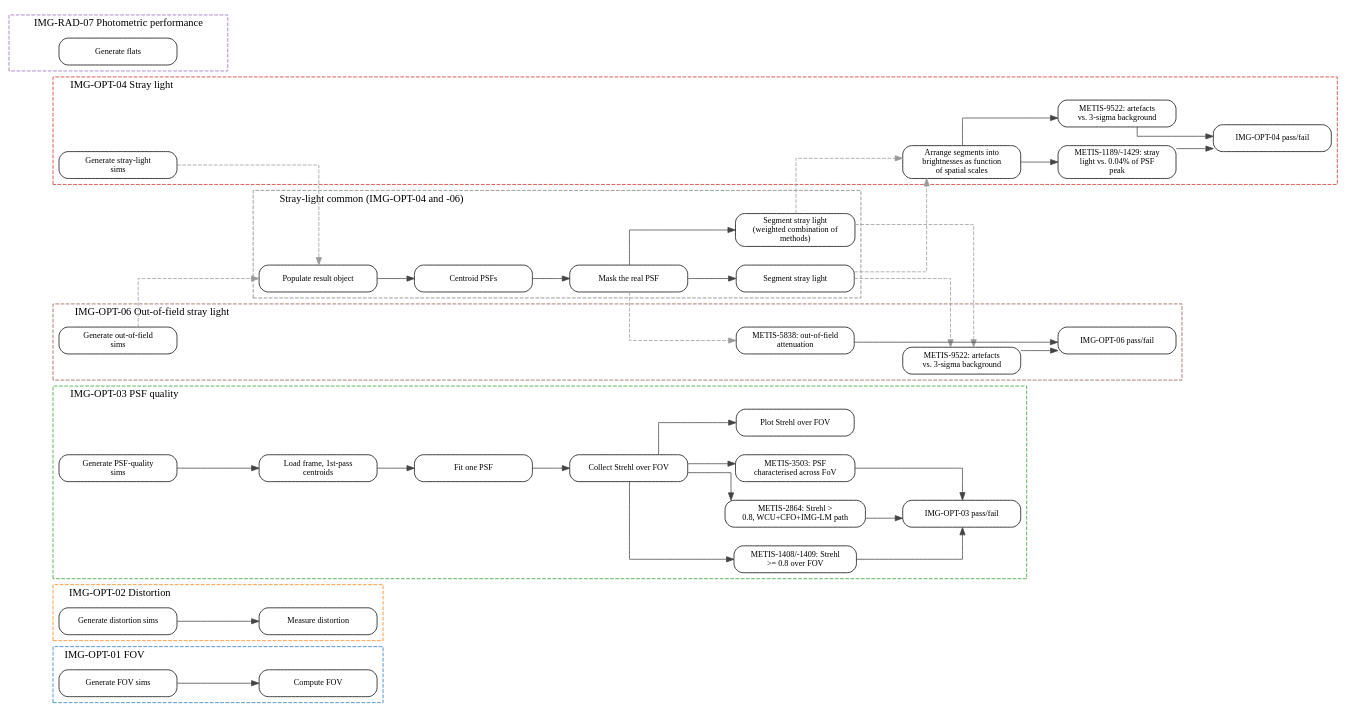
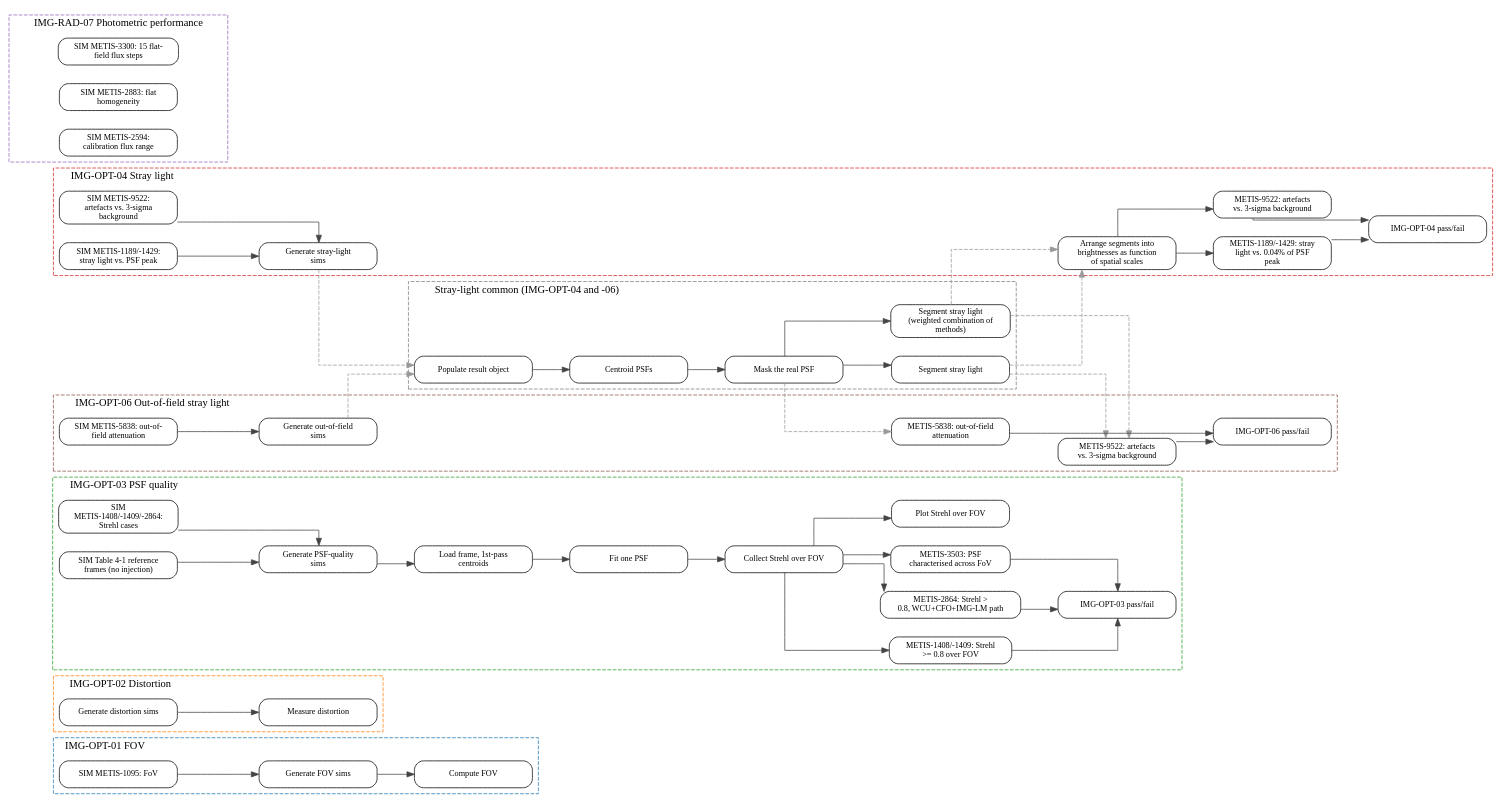
The diagram in docs/uml/pipeline_flow.dot (mwanakijiji/metis_work), drawn with Graphviz before and after one commit. The commit also changed 22 other files, not shown here.

```diff
--- a/docs/uml/pipeline_flow.dot
+++ b/docs/uml/pipeline_flow.dot
@@ -12,6 +12,7 @@
     labeljust=l;
     style="dashed";
     color="#1f77b4";
+    sim_img_01_metis_1095;
     generate_fov_sim;
     fov_calc;
   }
@@ -30,6 +31,8 @@
     labeljust=l;
     style="dashed";
     color="#2ca02c";
+    sim_img_03_strehl_cases;
+    sim_img_03_reference_frames;
     generate_psf_quality_sim;
     prepare_psf_grid;
     process_one_psf;
@@ -46,6 +49,8 @@
     labeljust=l;
     style="dashed";
     color="#d62728";
+    sim_img_04_metis_1189_1429;
+    sim_img_04_metis_9522;
     generate_stray_light_sim;
     stray_light_brightness_spectrum;
     img_04_metis_1189_1429_check;
@@ -70,6 +75,7 @@
     labeljust=l;
     style="dashed";
     color="#8c564b";
+    sim_img_06_metis_5838;
     generate_out_of_field_sim;
     metis_5838_attenuation;
     metis_9522_check;
@@ -81,17 +87,25 @@
     labeljust=l;
     style="dashed";
     color="#9467bd";
-    make_flat_frames;
+    simulate_metis_2594;
+    simulate_metis_2883;
+    simulate_metis_3300;
   }
 
+  sim_img_01_metis_1095 [label="SIM METIS-1095: FoV"];
   generate_fov_sim [label="Generate FOV sims"];
   generate_distortion_sim [label="Generate distortion sims"];
+  sim_img_03_strehl_cases [label="SIM\nMETIS-1408/-1409/-2864:\nStrehl cases"];
+  sim_img_03_reference_frames [label="SIM Table 4-1 reference\nframes (no injection)"];
   generate_psf_quality_sim [label="Generate PSF-quality\nsims"];
+  sim_img_04_metis_1189_1429 [label="SIM METIS-1189/-1429:\nstray light vs. PSF peak"];
+  sim_img_04_metis_9522 [label="SIM METIS-9522:\nartefacts vs. 3-sigma\nbackground"];
   generate_stray_light_sim [label="Generate stray-light\nsims"];
+  sim_img_06_metis_5838 [label="SIM METIS-5838: out-of-\nfield attenuation"];
   generate_out_of_field_sim [label="Generate out-of-field\nsims"];
-  make_flat_frames [label="Generate flats"];
-  fov_calc [label="Compute FOV"];
-  image_distortion [label="Measure distortion"];
+  simulate_metis_2594 [label="SIM METIS-2594:\ncalibration flux range"];
+  simulate_metis_2883 [label="SIM METIS-2883: flat\nhomogeneity"];
+  simulate_metis_3300 [label="SIM METIS-3300: 15 flat-\nfield flux steps"];
   prepare_psf_grid [label="Load frame, 1st-pass\ncentroids"];
   process_one_psf [label="Fit one PSF"];
   collect_strehls [label="Collect Strehl over FOV"];
@@ -100,6 +114,8 @@
   img_03_metis_2864_check [label="METIS-2864: Strehl >\n0.8, WCU+CFO+IMG-LM path"];
   img_03_metis_3503_check [label="METIS-3503: PSF\ncharacterised across FoV"];
   img_03_test_outcome [label="IMG-OPT-03 pass/fail"];
+  fov_calc [label="Compute FOV"];
+  image_distortion [label="Measure distortion"];
   stray_light_brightness_spectrum [label="Arrange segments into\nbrightnesses as function\nof spatial scales"];
   img_04_metis_1189_1429_check [label="METIS-1189/-1429: stray\nlight vs. 0.04% of PSF\npeak"];
   img_04_metis_9522_check [label="METIS-9522: artefacts\nvs. 3-sigma background"];
@@ -113,15 +129,23 @@
   stray_light_segmentation [label="Segment stray light"];
   stray_light_segmentation_combined [label="Segment stray light\n(weighted combination of\nmethods)"];
 
-  { rank=same; generate_fov_sim; generate_distortion_sim; generate_psf_quality_sim; generate_stray_light_sim; generate_out_of_field_sim; make_flat_frames; }
-  generate_fov_sim -> generate_distortion_sim [style=invis];
-  generate_distortion_sim -> generate_psf_quality_sim [style=invis];
+  { rank=same; sim_img_01_metis_1095; generate_distortion_sim; sim_img_03_reference_frames; sim_img_03_strehl_cases; sim_img_04_metis_1189_1429; sim_img_04_metis_9522; sim_img_06_metis_5838; simulate_metis_2594; simulate_metis_2883; simulate_metis_3300; }
+  sim_img_01_metis_1095 -> generate_distortion_sim [style=invis];
+  generate_distortion_sim -> sim_img_03_reference_frames [style=invis];
+  sim_img_03_reference_frames -> sim_img_03_strehl_cases [style=invis];
+  sim_img_03_strehl_cases -> sim_img_04_metis_1189_1429 [style=invis];
+  sim_img_04_metis_1189_1429 -> sim_img_04_metis_9522 [style=invis];
+  sim_img_04_metis_9522 -> sim_img_06_metis_5838 [style=invis];
+  sim_img_06_metis_5838 -> simulate_metis_2594 [style=invis];
+  simulate_metis_2594 -> simulate_metis_2883 [style=invis];
+  simulate_metis_2883 -> simulate_metis_3300 [style=invis];
+  { rank=same; generate_fov_sim; image_distortion; generate_psf_quality_sim; generate_stray_light_sim; generate_out_of_field_sim; }
+  generate_fov_sim -> image_distortion [style=invis];
+  image_distortion -> generate_psf_quality_sim [style=invis];
   generate_psf_quality_sim -> generate_stray_light_sim [style=invis];
   generate_stray_light_sim -> generate_out_of_field_sim [style=invis];
-  generate_out_of_field_sim -> make_flat_frames [style=invis];
-  { rank=same; fov_calc; image_distortion; prepare_psf_grid; populate_result_obj_info; }
-  fov_calc -> image_distortion [style=invis];
-  image_distortion -> prepare_psf_grid [style=invis];
+  { rank=same; fov_calc; prepare_psf_grid; populate_result_obj_info; }
+  fov_calc -> prepare_psf_grid [style=invis];
   prepare_psf_grid -> populate_result_obj_info [style=invis];
   { rank=same; process_one_psf; centroid_2passes_oversample; }
   process_one_psf -> centroid_2passes_oversample [style=invis];
@@ -142,8 +166,12 @@
   img_04_metis_9522_check -> img_06_test_outcome [style=invis];
   { rank=same; img_04_test_outcome; }
 
-  generate_fov_sim -> fov_calc [weight=10];
-  generate_distortion_sim -> image_distortion [weight=10];
+  sim_img_01_metis_1095 -> generate_fov_sim [weight=10];
+  sim_img_03_strehl_cases -> generate_psf_quality_sim [weight=10];
+  sim_img_03_reference_frames -> generate_psf_quality_sim [weight=10];
+  sim_img_04_metis_1189_1429 -> generate_stray_light_sim [weight=10];
+  sim_img_04_metis_9522 -> generate_stray_light_sim [weight=10];
+  sim_img_06_metis_5838 -> generate_out_of_field_sim [weight=10];
   generate_psf_quality_sim -> prepare_psf_grid [weight=10];
   prepare_psf_grid -> process_one_psf [weight=10];
   process_one_psf -> collect_strehls [weight=10];
@@ -154,6 +182,8 @@
   img_03_metis_1408_1409_check -> img_03_test_outcome [weight=10];
   img_03_metis_2864_check -> img_03_test_outcome [weight=10];
   img_03_metis_3503_check -> img_03_test_outcome [weight=10];
+  generate_fov_sim -> fov_calc [weight=10];
+  generate_distortion_sim -> image_distortion [weight=10];
   stray_light_segmentation -> stray_light_brightness_spectrum [style=dashed, color="#999999", constraint=false];
   stray_light_segmentation_combined -> stray_light_brightness_spectrum [style=dashed, color="#999999", constraint=false];
   stray_light_brightness_spectrum -> img_04_metis_1189_1429_check [weight=10];
```
